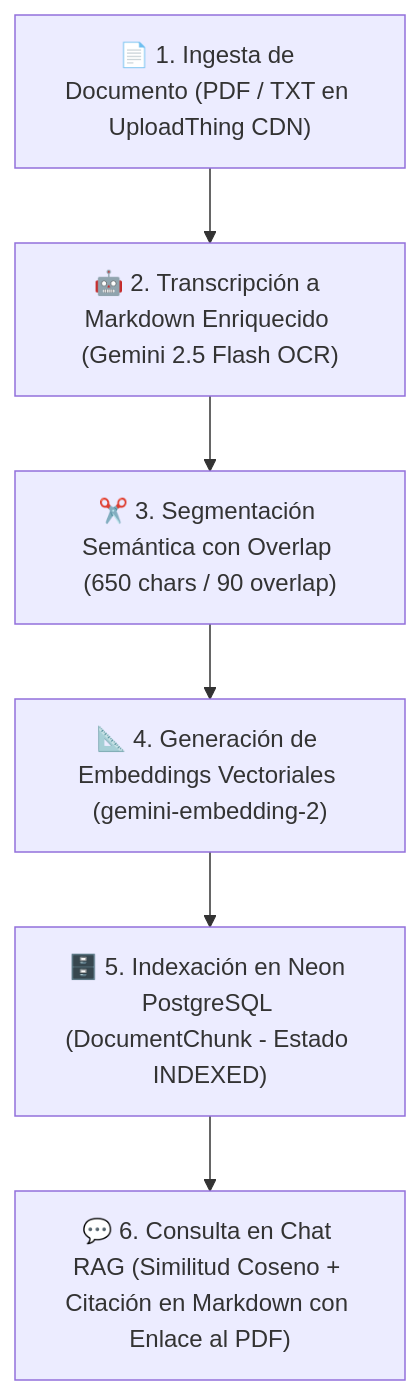
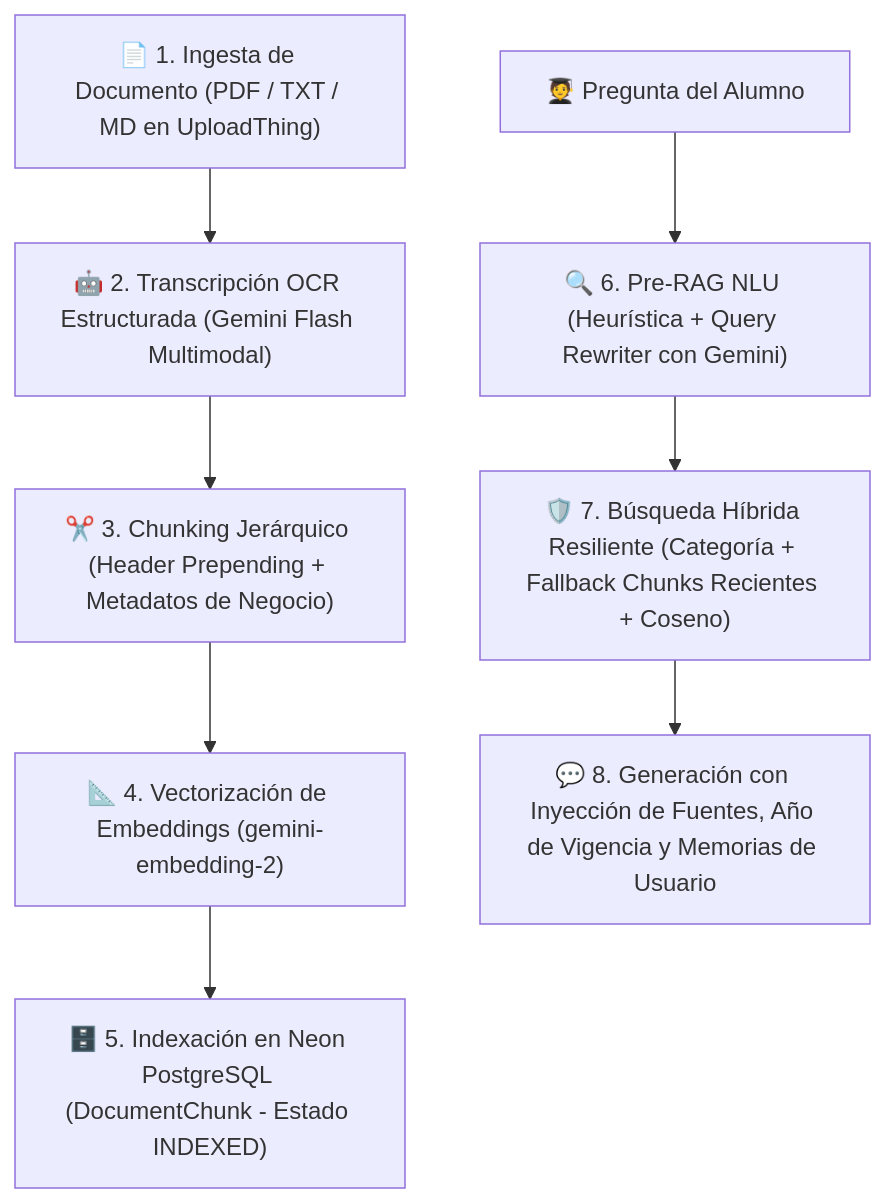
One commit to jhangmez/sipangpt changed the diagram in README.md. Above: the diagram before and after it, drawn with Mermaid. The commit also changed other lines of this file, not shown here.

Commit message:
docs: actualizar README con arquitectura RAG V2, gobernanza, memorias y auditoria de tokens

````diff
--- a/README.md
+++ b/README.md
@@ -45,8 +46,11 @@
 ```mermaid
 graph TD
-    A["📄 1. Ingesta de Documento (PDF / TXT en UploadThing CDN)"] --> B["🤖 2. Transcripción a Markdown Enriquecido (Gemini 2.5 Flash OCR)"]
-    B --> C["✂️ 3. Segmentación Semántica con Overlap (650 chars / 90 overlap)"]
-    C --> D["📐 4. Generación de Embeddings Vectoriales (gemini-embedding-2)"]
+    A["📄 1. Ingesta de Documento (PDF / TXT / MD en UploadThing)"] --> B["🤖 2. Transcripción OCR Estructurada (Gemini Flash Multimodal)"]
+    B --> C["✂️ 3. Chunking Jerárquico (Header Prepending + Metadatos de Negocio)"]
+    C --> D["📐 4. Vectorización de Embeddings (gemini-embedding-2)"]
     D --> E["🗄️ 5. Indexación en Neon PostgreSQL (DocumentChunk - Estado INDEXED)"]
-    E --> F["💬 6. Consulta en Chat RAG (Similitud Coseno + Citación en Markdown con Enlace al PDF)"]
+    
+    Q["🧑‍🎓 Pregunta del Alumno"] --> F["🔍 6. Pre-RAG NLU (Heurística + Query Rewriter con Gemini)"]
+    F --> G["🛡️ 7. Búsqueda Híbrida Resiliente (Categoría + Fallback Chunks Recientes + Coseno)"]
+    G --> H["💬 8. Generación con Inyección de Fuentes, Año de Vigencia y Memorias de Usuario"]
 ```
````
